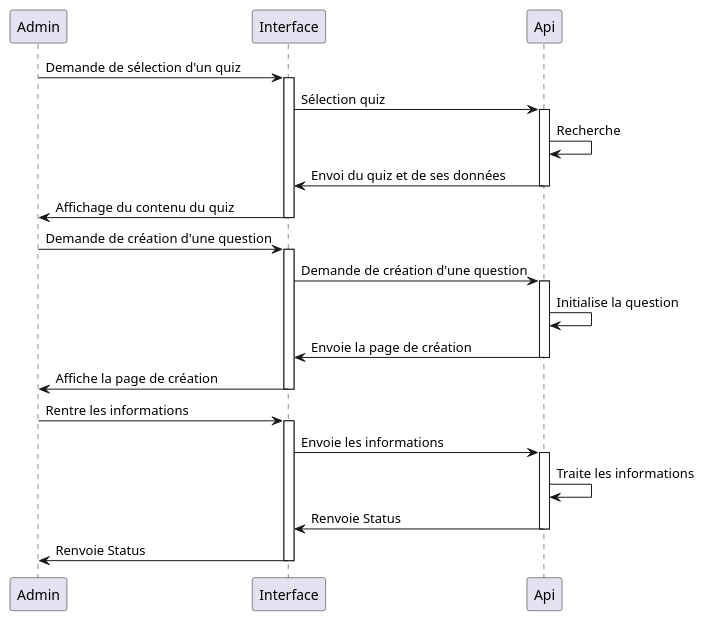
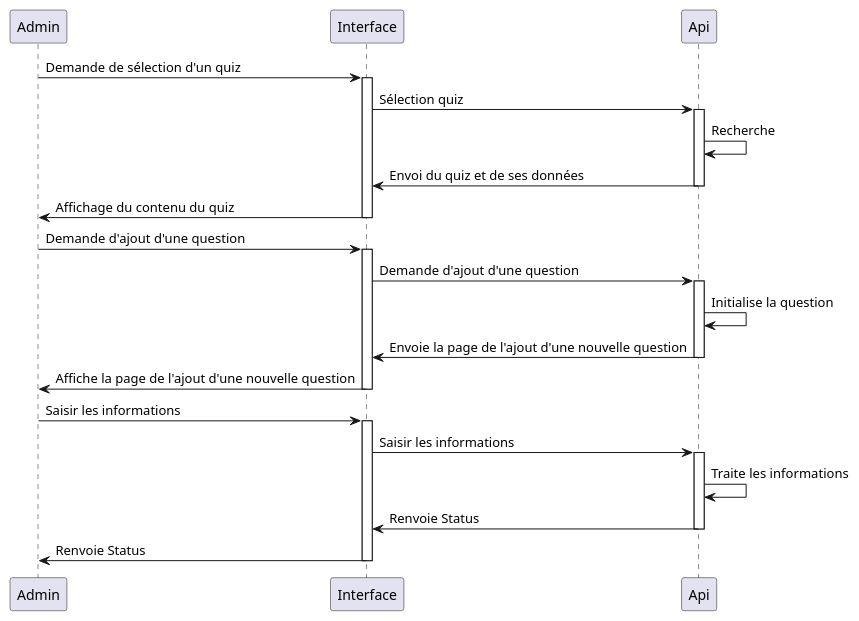
Before and after one commit to Qwizs/diagrammes: the diagram in Séquences/quiz_update/question_add/DiagSeqAddQuest.puml, drawn with PlantUML.

```diff
--- a/Séquences/quiz_update/question_add/DiagSeqAddQuest.puml
+++ b/Séquences/quiz_update/question_add/DiagSeqAddQuest.puml
@@ -1,50 +1,50 @@
 @startuml Suppression qestion
 
 participant Admin
 participant Interface as front
 participant Api
 
 Admin -> front: Demande de sélection d'un quiz
 activate front
 
 front -> Api: Sélection quiz
 activate Api
 
 Api -> Api: Recherche
 front <- Api: Envoi du quiz et de ses données
 deactivate Api 
 
 Admin <- front: Affichage du contenu du quiz
 deactivate front
 
-Admin -> front: Demande de création d'une question
+Admin -> front: Demande d'ajout d'une question
 activate front
 
-front -> Api: Demande de création d'une question
+front -> Api: Demande d'ajout d'une question
 activate Api
 Api -> Api: Initialise la question
 
 
-front <- Api: Envoie la page de création
+front <- Api: Envoie la page de l'ajout d'une nouvelle question
 deactivate Api
 
-Admin <- front: Affiche la page de création
+Admin <- front: Affiche la page de l'ajout d'une nouvelle question
 deactivate front
 
-Admin -> front: Rentre les informations
+Admin -> front: Saisir les informations
 activate front
 
-front -> Api: Envoie les informations
+front -> Api: Saisir les informations
 activate Api
 
 Api -> Api: Traite les informations
 
 front <- Api: Renvoie Status
 deactivate Api
 
 Admin <- front: Renvoie Status
 
 deactivate front 
 
 
 @enduml
```
